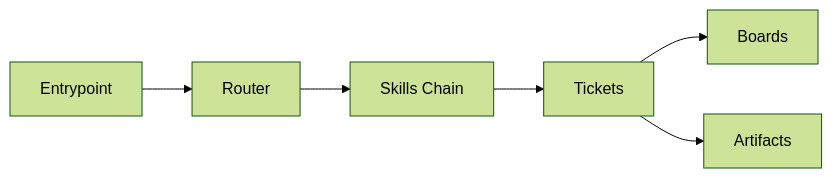
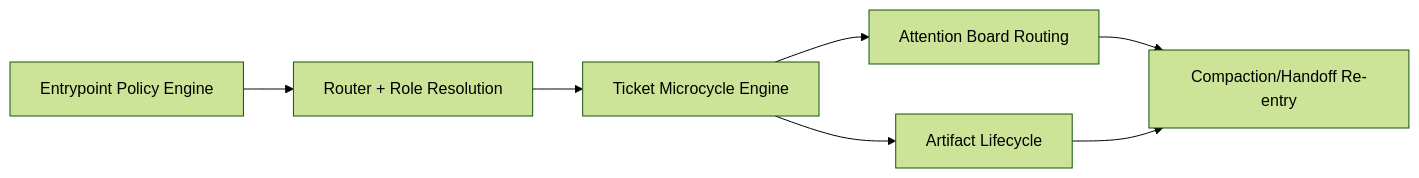
Before and after one commit to Synaptic724/context_compass: the diagram in src/codex/context_compass/system_docs/src_components.md, drawn with Mermaid (forest theme). The commit also changed other lines of this file and 36 other files, not shown here.

````diff
--- a/src/codex/context_compass/system_docs/src_components.md
+++ b/src/codex/context_compass/system_docs/src_components.md
@@ -101,8 +166,9 @@
 ```mermaid
 flowchart LR
-  E[Entrypoint] --> R[Router]
-  R --> S[Skills Chain]
-  S --> T[Tickets]
-  T --> B[Boards]
-  T --> AR[Artifacts]
+  E[Entrypoint Policy Engine] --> R[Router + Role Resolution]
+  R --> M[Ticket Microcycle Engine]
+  M --> B[Attention Board Routing]
+  M --> A[Artifact Lifecycle]
+  B --> H[Compaction/Handoff Re-entry]
+  A --> H
 ```
````
